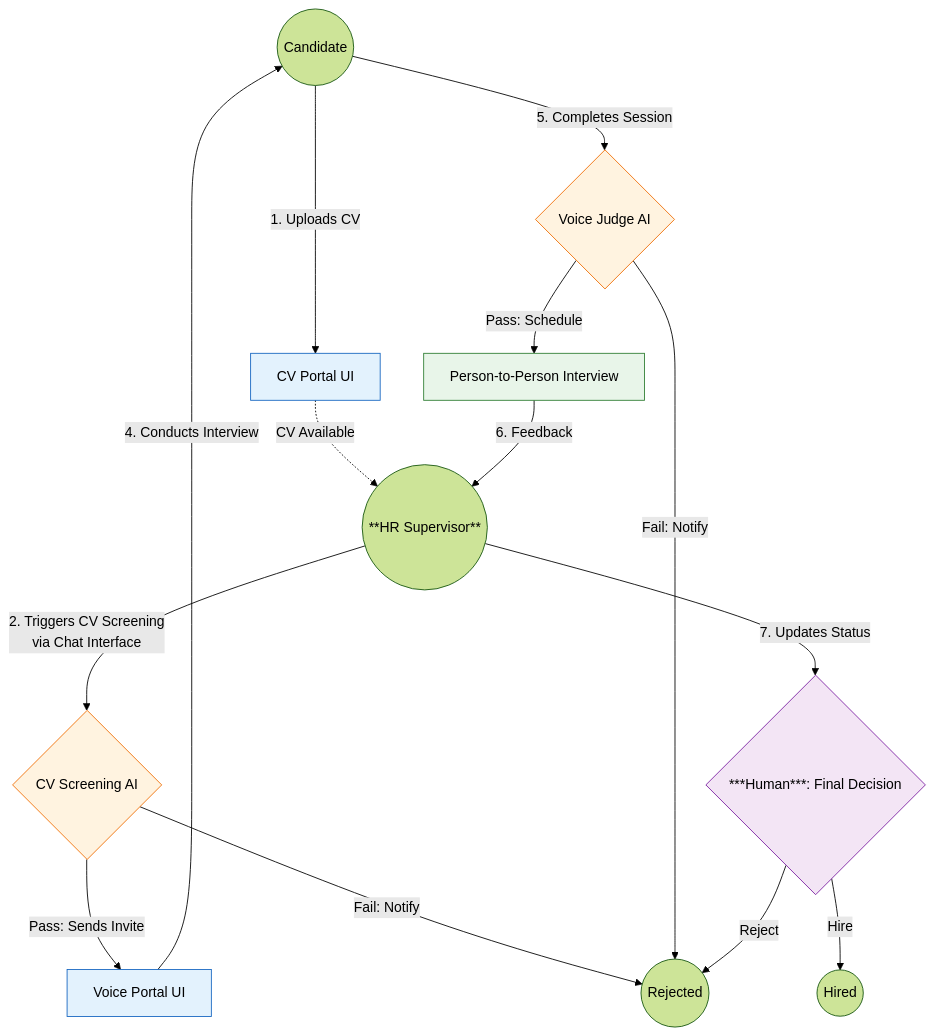
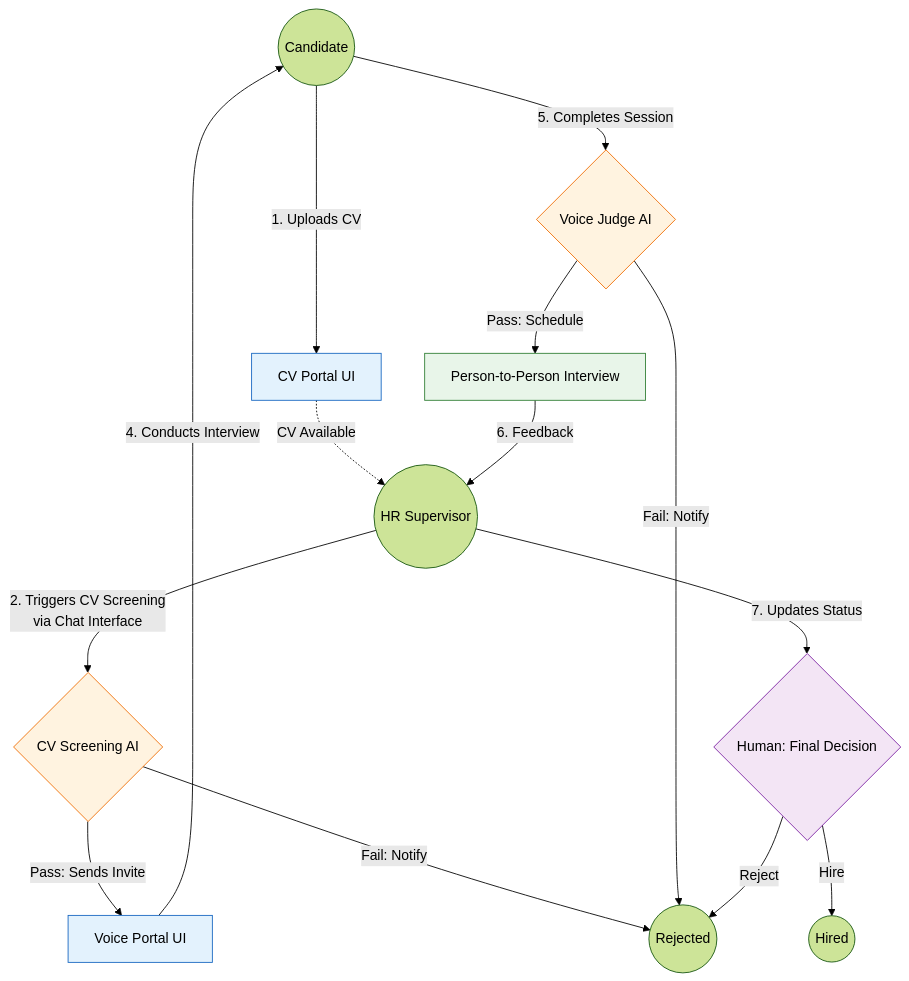
Before and after one commit to Ocean-code-1995/recruitment-agent: the first of 5 diagrams in README.md, drawn with Mermaid (forest theme).

Commit message:
application flow

````diff
--- a/README.md
+++ b/README.md
@@ -179,42 +179,42 @@
 ```mermaid
 graph TD
     %% Actors
     Candidate((Candidate))
-    HR((**HR Supervisor**))
+    HR((HR Supervisor))
 
     %% System Components (Nodes)
     CV_UI[CV Portal UI]
     CV_Screen{CV Screening AI}
     Voice_UI[Voice Portal UI]
     Voice_Judge{Voice Judge AI}
     Interview[Person-to-Person Interview]
-    Decision{***Human***: Final Decision}
+    Decision{Human: Final Decision}
 
     %% Flow & Actions (Edges)
     Candidate -->|1. Uploads CV| CV_UI
     HR -->|2. Triggers CV Screening<br/>via Chat Interface| CV_Screen
     CV_UI -.->|CV Available| HR
     
     CV_Screen -->|Pass: Sends Invite| Voice_UI
     CV_Screen -->|Fail: Notify| Rejected((Rejected))
 
     Voice_UI -->|4. Conducts Interview| Candidate
     Candidate -->|5. Completes Session| Voice_Judge
     
     Voice_Judge -->|Pass: Schedule| Interview
     Voice_Judge -->|Fail: Notify| Rejected
 
     Interview -->|6. Feedback| HR
     HR -->|7. Updates Status| Decision
     
     Decision -->|Hire| Hired((Hired))
     Decision -->|Reject| Rejected
 
     %% Styling
     style CV_UI fill:#e3f2fd,stroke:#1565c0
     style Voice_UI fill:#e3f2fd,stroke:#1565c0
     style CV_Screen fill:#fff3e0,stroke:#ef6c00
     style Voice_Judge fill:#fff3e0,stroke:#ef6c00
     style Interview fill:#e8f5e9,stroke:#2e7d32
     style Decision fill:#f3e5f5,stroke:#7b1fa2
 ```
````
